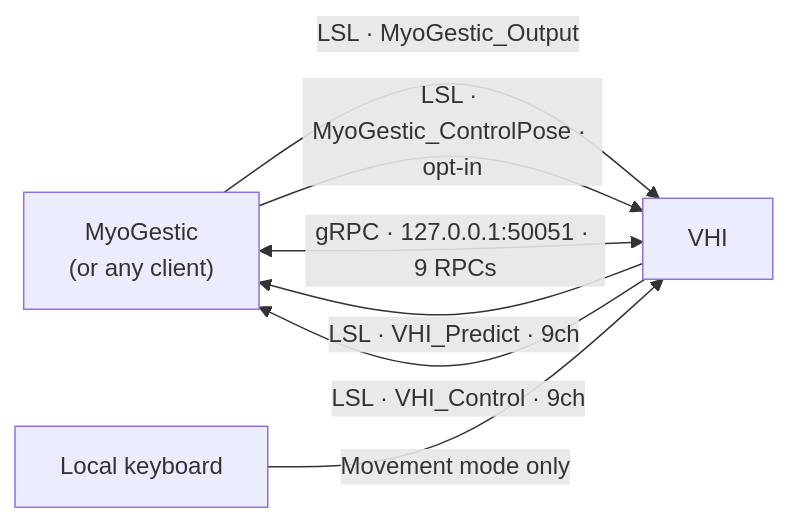
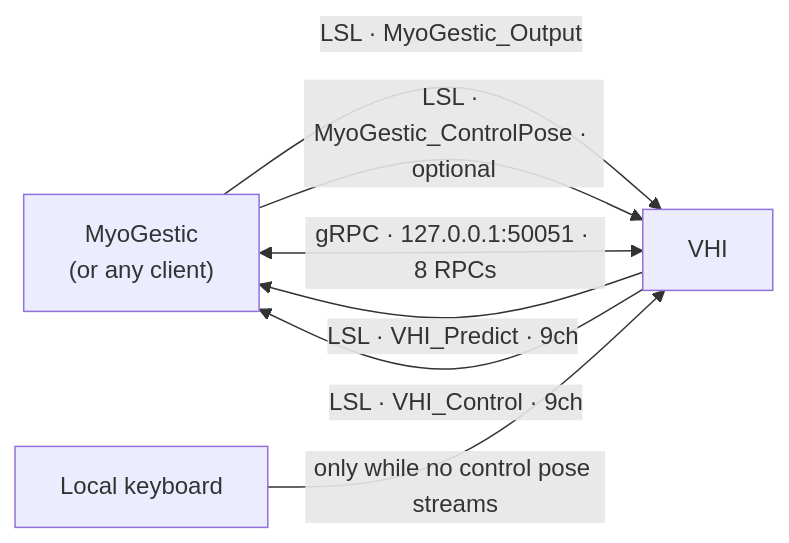
One commit to NsquaredLab/MyoGestic-VHI changed the diagram in docs/reference/signals.md. Above: the diagram before and after it, drawn with Mermaid. The commit also changed other lines of this file and 16 other files, not shown here.

````diff
--- a/docs/reference/signals.md
+++ b/docs/reference/signals.md
@@ -10,13 +10,13 @@
 ```mermaid
 flowchart LR
   MG["MyoGestic<br/>(or any client)"]
   VHI["VHI"]
   KB["Local keyboard"]
 
   MG -- "LSL · MyoGestic_Output" --> VHI
-  MG -- "LSL · MyoGestic_ControlPose · opt-in" --> VHI
+  MG -- "LSL · MyoGestic_ControlPose · optional" --> VHI
   VHI -- "LSL · VHI_Predict · 9ch" --> MG
   VHI -- "LSL · VHI_Control · 9ch" --> MG
-  MG <-- "gRPC · 127.0.0.1:50051 · 9 RPCs" --> VHI
-  KB -- "Movement mode only" --> VHI
+  MG <-- "gRPC · 127.0.0.1:50051 · 8 RPCs" --> VHI
+  KB -- "only while no control pose streams" --> VHI
 ```
````
